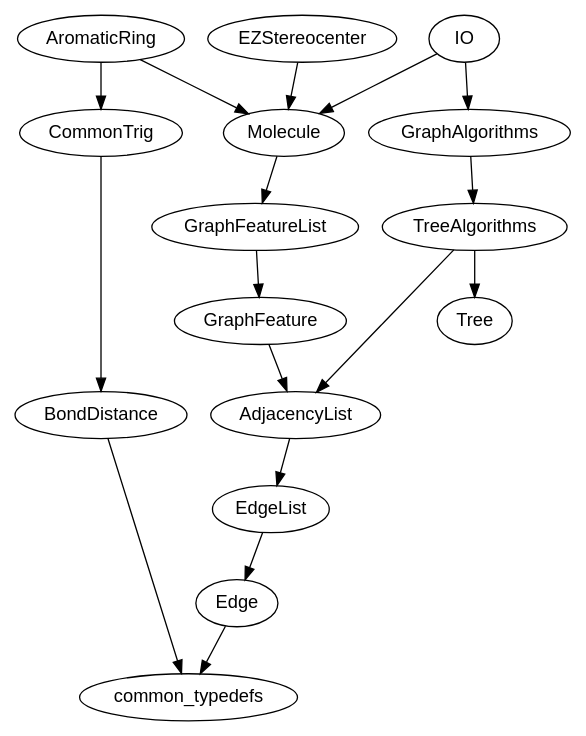
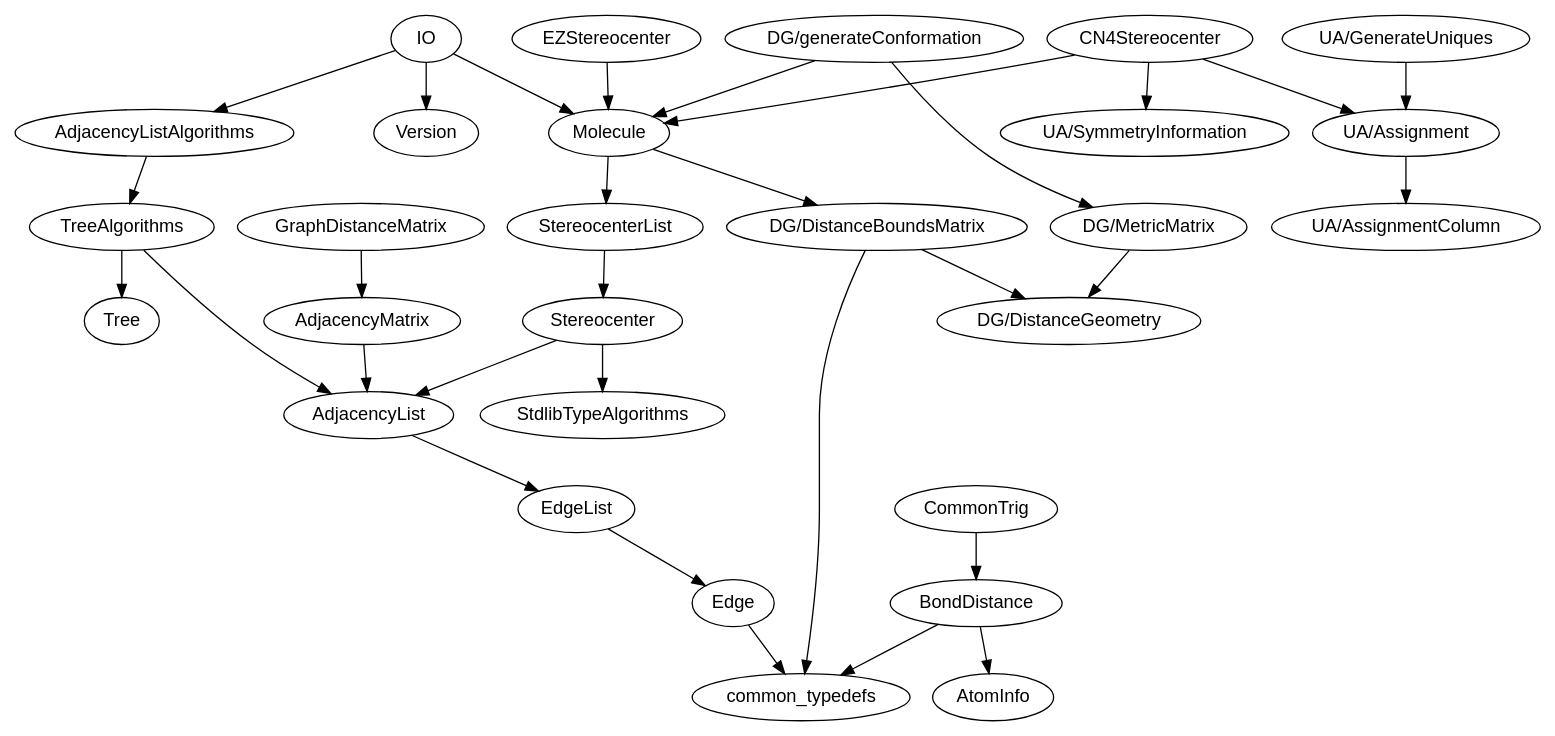
The diagram in documents/dependency_graph/headerDependencies.dot (qcscine/molassembler), drawn with Graphviz before and after one commit. The commit also changed 4 other files, not shown here.

Commit message:
StdlibTypeAlgorithms tests, update dep graph

```diff
--- a/documents/dependency_graph/headerDependencies.dot
+++ b/documents/dependency_graph/headerDependencies.dot
@@ -1,30 +1,55 @@
 digraph G {
   graph [fontname = "Arial"];
   node [fontname = "Arial"];
   edge [fontname = "Arial"];
 
+  "AdjacencyListAlgorithms" -> "TreeAlgorithms";
+
   "AdjacencyList" -> "EdgeList";
+
   "EdgeList" -> "Edge";
+
   "Edge" -> "common_typedefs";
 
-  //"AromaticRing" -> "GraphFeature";
-  "AromaticRing" -> "CommonTrig";
   "CommonTrig" -> "BondDistance";
+
+  "BondDistance" -> "AtomInfo";
   "BondDistance" -> "common_typedefs";
-  "AromaticRing" -> "Molecule";
-  //"Molecule" -> "AdjacencyList";
-  "Molecule" -> "GraphFeatureList";
-  "GraphFeatureList" -> "GraphFeature";
-  "GraphFeature" -> "AdjacencyList";
-  //"GraphFeature" -> "EdgeList";
 
-  //"EZStereocenter" -> "GraphFeature";
+  "Molecule" -> "StereocenterList";
+  "Molecule" -> "DG/DistanceBoundsMatrix";
+
+  "StereocenterList" -> "Stereocenter";
+
+  "Stereocenter" -> "AdjacencyList";
+  "Stereocenter" -> "StdlibTypeAlgorithms";
+
   "EZStereocenter" -> "Molecule";
 
-  "GraphAlgorithms" -> "TreeAlgorithms";
   "TreeAlgorithms" -> "Tree";
   "TreeAlgorithms" -> "AdjacencyList";
 
   "IO" -> "Molecule";
-  "IO" -> "GraphAlgorithms";
+  "IO" -> "Version";
+  "IO" -> "AdjacencyListAlgorithms";
+
+  "AdjacencyMatrix" -> "AdjacencyList";
+
+  "GraphDistanceMatrix" -> "AdjacencyMatrix";
+
+  "CN4Stereocenter" -> "Molecule";
+  "CN4Stereocenter" -> "UA/Assignment";
+  "CN4Stereocenter" -> "UA/SymmetryInformation";
+
+  "DG/DistanceBoundsMatrix" -> "common_typedefs";
+  "DG/DistanceBoundsMatrix" -> "DG/DistanceGeometry";
+  "DG/generateConformation" -> "DG/MetricMatrix";
+  "DG/generateConformation" -> "Molecule";
+
+  "DG/MetricMatrix" -> "DG/DistanceGeometry";
+
+  "UA/Assignment" -> "UA/AssignmentColumn";
+  "UA/GenerateUniques" -> "UA/Assignment";
+
+  "UA/SymmetryInformation";
 }
```
